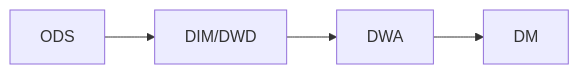
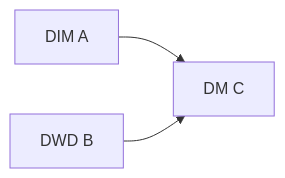
One commit to is3107/airflow_dags changed the fifth of 6 diagrams in README.md. Above: the diagram before and after it, drawn with Mermaid. The commit also changed other lines of this file and 1 other file, not shown here.

````diff
--- a/README.md
+++ b/README.md
@@ -277,6 +331,5 @@
 ```mermaid
 flowchart LR
-    A[ODS]-->B[DIM/DWD]
-    B-->C[DWA]
-    C-->D[DM]
+    A[DIM A]-->C[DM C]
+    B[DWD B]-->C
 ```
````
